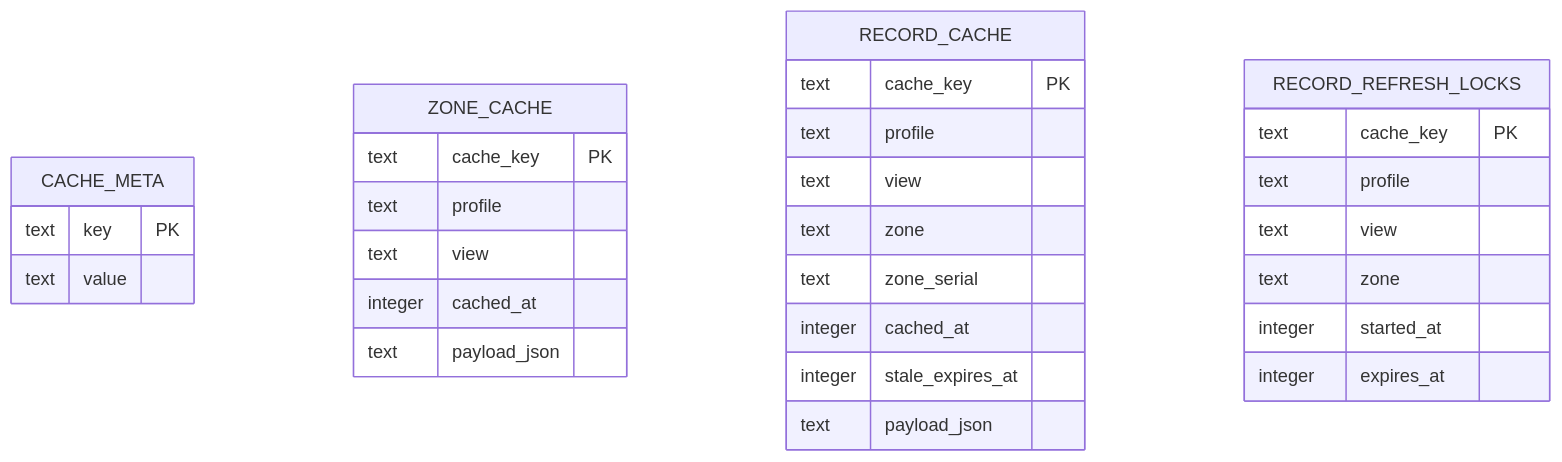
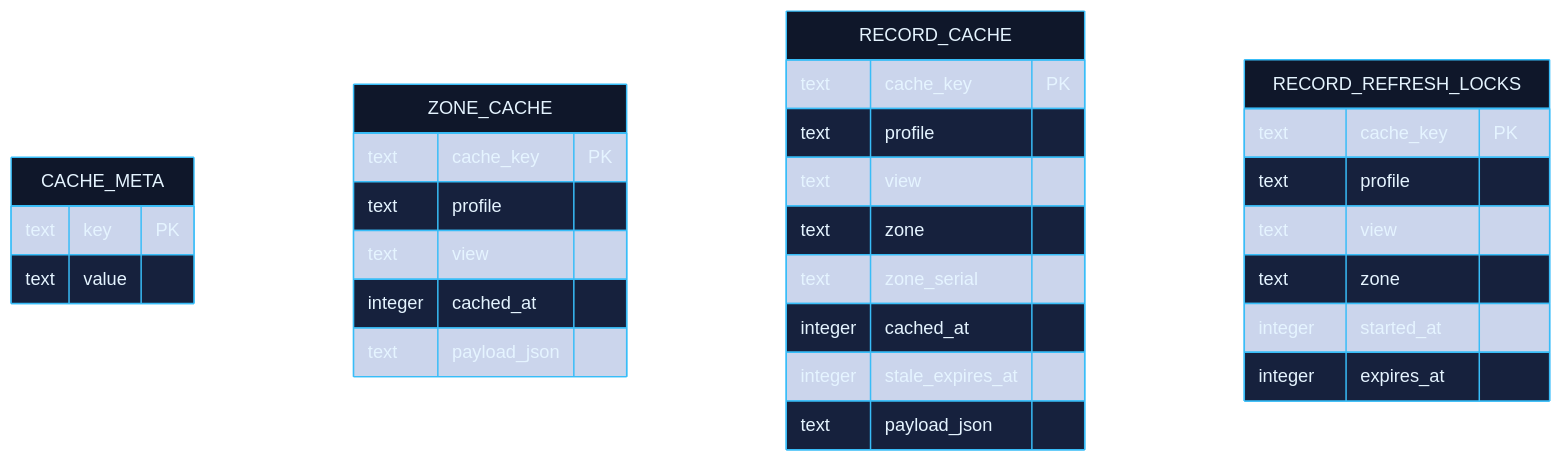
The third of 3 diagrams in docs/performance-caching.md (rwahyudi/gib), drawn with Mermaid before and after one commit. The commit also changed other lines of this file and 2 other files, not shown here.

Commit message:
Darken performance caching diagrams

````diff
--- a/docs/performance-caching.md
+++ b/docs/performance-caching.md
@@ -126,32 +139,33 @@
 ```mermaid
+%%{init: {"theme": "base", "themeVariables": {"background": "#020617", "primaryColor": "#0f172a", "primaryBorderColor": "#38bdf8", "primaryTextColor": "#e5f4ff", "secondaryColor": "#052e2b", "secondaryBorderColor": "#22c55e", "tertiaryColor": "#111827", "tertiaryBorderColor": "#818cf8", "lineColor": "#94a3b8", "textColor": "#e5e7eb", "fontFamily": "ui-sans-serif, system-ui, -apple-system, Segoe UI, sans-serif"}}}%%
 erDiagram
     CACHE_META {
         text key PK
         text value
     }
     ZONE_CACHE {
         text cache_key PK
         text profile
         text view
         integer cached_at
         text payload_json
     }
     RECORD_CACHE {
         text cache_key PK
         text profile
         text view
         text zone
         text zone_serial
         integer cached_at
         integer stale_expires_at
         text payload_json
     }
     RECORD_REFRESH_LOCKS {
         text cache_key PK
         text profile
         text view
         text zone
         integer started_at
         integer expires_at
     }
 ```
````
